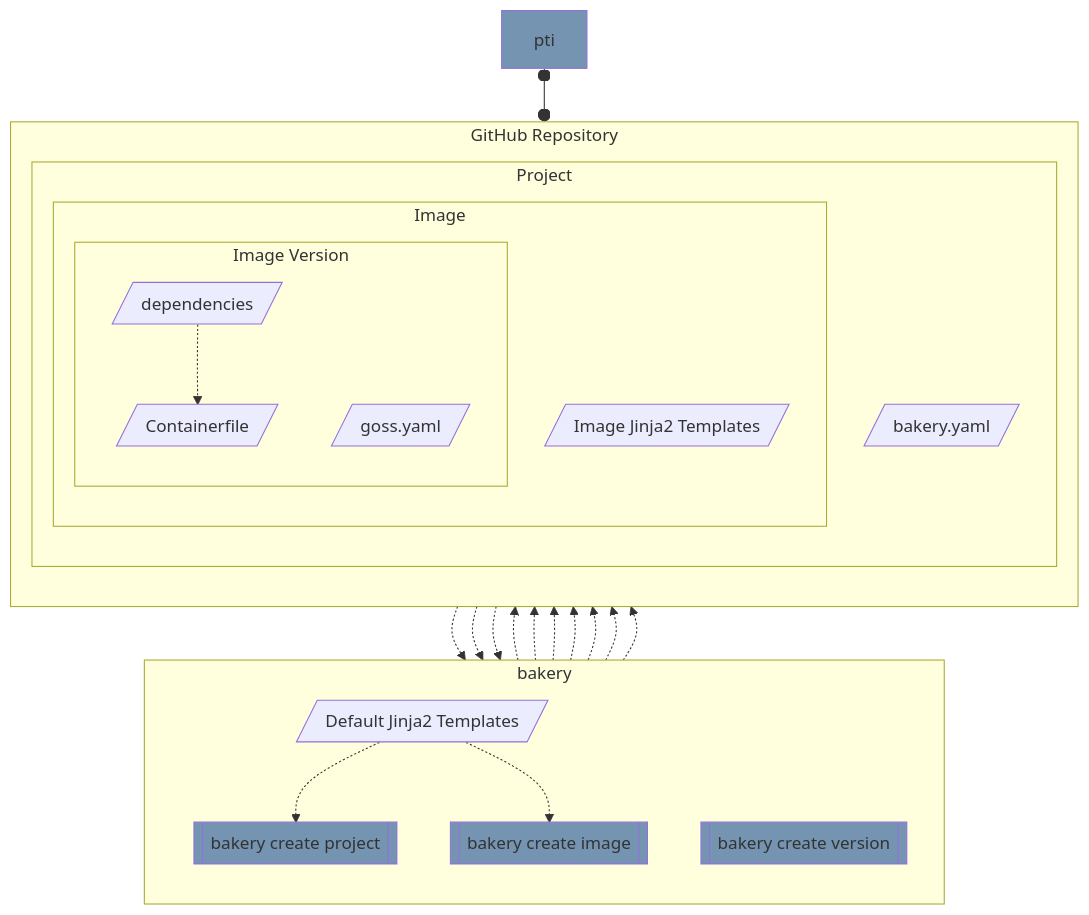
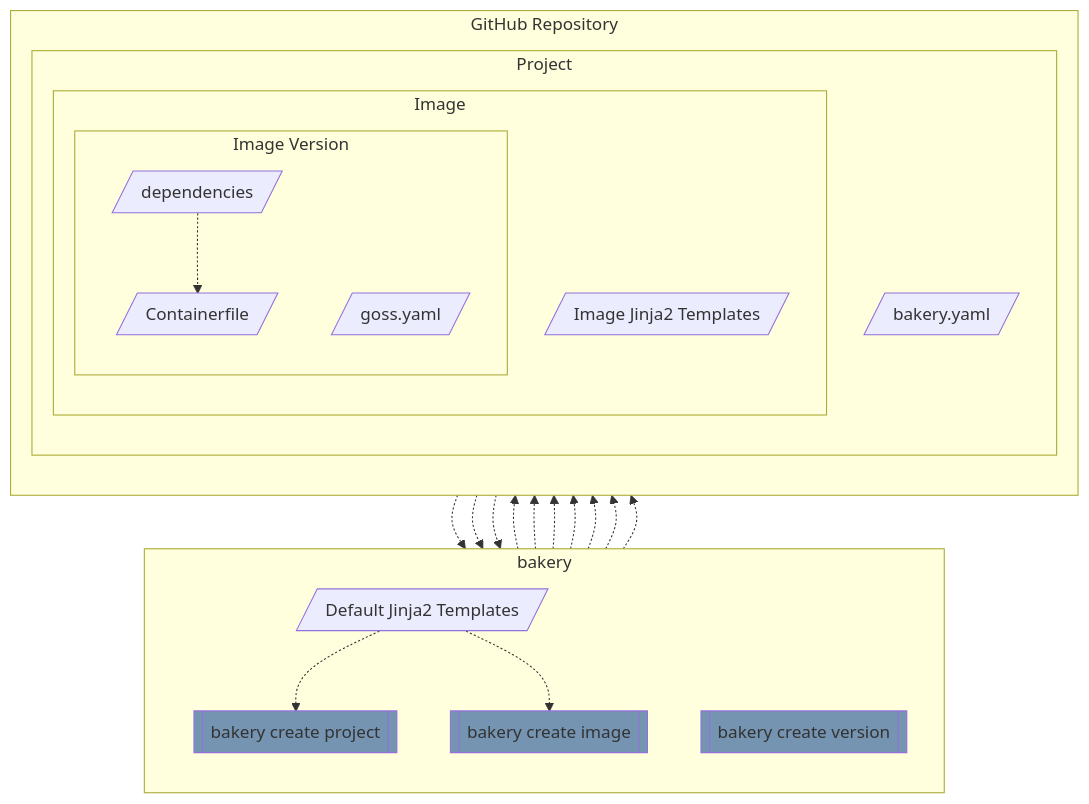
Before and after one commit to posit-dev/images-shared: the third of 7 diagrams in posit-bakery/ARCHITECTURE.md, drawn with Mermaid. The commit also changed 5 other files, not shown here.

````diff
--- a/posit-bakery/ARCHITECTURE.md
+++ b/posit-bakery/ARCHITECTURE.md
@@ -76,51 +76,48 @@
 ```mermaid
 flowchart TD
 
     subgraph "bakery"
         direction TB
 
         templatesDefault[/Default Jinja2 Templates/]
         createProject[[bakery create project]]
         createImage[[bakery create image]]
         createVersion[[bakery create version]]
     end
 
     subgraph "GitHub Repository"
         direction TB
         subgraph "Project"
             config[/bakery.yaml/]
 
             subgraph "Image"
                 templatesImage[/Image Jinja2 Templates/]
 
                 subgraph "Image Version"
                     containerfile[/Containerfile/]
 
                     deps[/dependencies/]
                     tests[/goss.yaml/]
                 end
                 deps -.-> containerfile
             end
         end
 
         templatesDefault -.-> createProject -.-> config
 
         config -.-> createImage
         createImage -.-> config
         templatesDefault -.-> createImage -.-> templatesImage
 
         templatesImage -.-> createVersion -.-> tests & deps & containerfile
         createVersion -.-> config
         config -.-> createVersion
     end
 
-    pti[pti]
-    pti o--o containerfile
-
     classDef tooling fill:#7494B1
     classDef external fill:grey
     classDef progress stroke-dasharray: 2 2
     classDef todo stroke-dasharray: 3 8
 
-    class pti,createProject,createImage,createVersion tooling
+    class createProject,createImage,createVersion tooling
 ```
````
